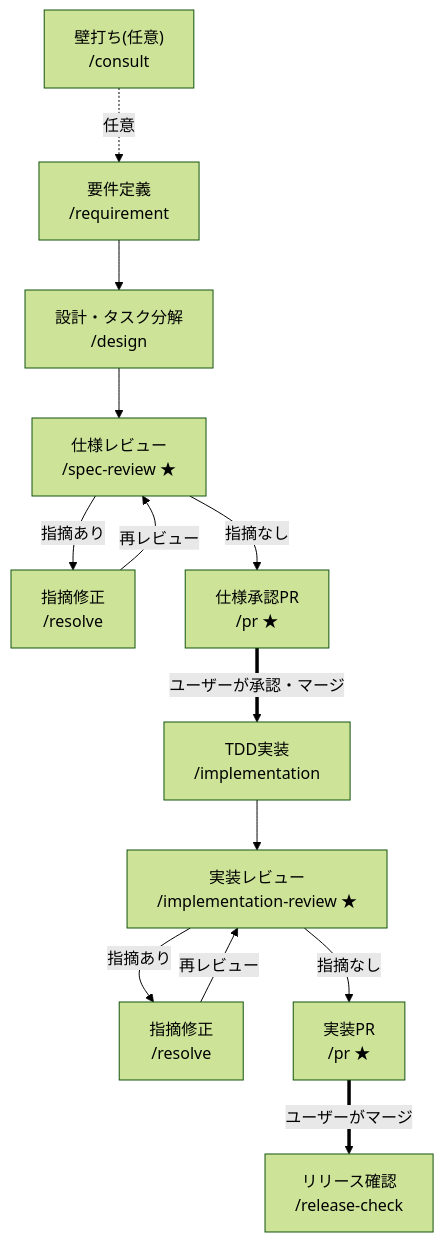
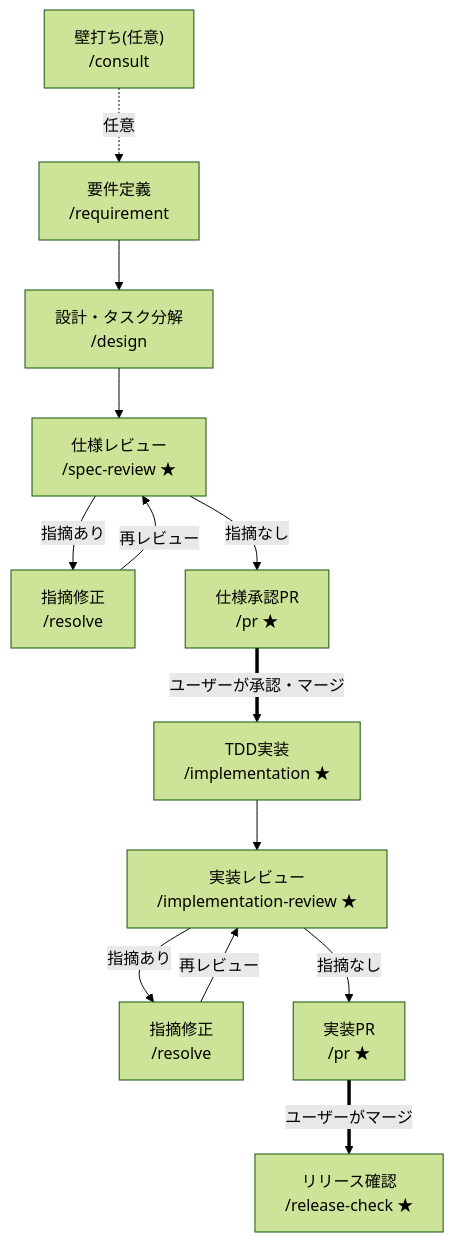
One commit to zakiyama0108/benriyatool changed the first of 3 diagrams in docs/adr/0002-skill-agent-separation.md. Above: the diagram before and after it, drawn with Mermaid (forest theme). The commit also changed other lines of this file and 5 other files, not shown here.

````diff
--- a/docs/adr/0002-skill-agent-separation.md
+++ b/docs/adr/0002-skill-agent-separation.md
@@ -48,27 +48,27 @@
 ```mermaid
 flowchart TD
     consult["壁打ち(任意)<br>/consult"]
     requirement["要件定義<br>/requirement"]
     design["設計・タスク分解<br>/design"]
     specreview["仕様レビュー<br>/spec-review ★"]
     resolve1["指摘修正<br>/resolve"]
     prspec["仕様承認PR<br>/pr ★"]
-    implementation["TDD実装<br>/implementation"]
+    implementation["TDD実装<br>/implementation ★"]
     implreview["実装レビュー<br>/implementation-review ★"]
     resolve2["指摘修正<br>/resolve"]
     primpl["実装PR<br>/pr ★"]
-    release["リリース確認<br>/release-check"]
+    release["リリース確認<br>/release-check ★"]
 
     consult -.任意.-> requirement
     requirement --> design
     design --> specreview
     specreview -->|指摘あり| resolve1
     resolve1 -->|再レビュー| specreview
     specreview -->|指摘なし| prspec
     prspec ==>|ユーザーが承認・マージ| implementation
     implementation --> implreview
     implreview -->|指摘あり| resolve2
     resolve2 -->|再レビュー| implreview
     implreview -->|指摘なし| primpl
     primpl ==>|ユーザーがマージ| release
 ```
````
